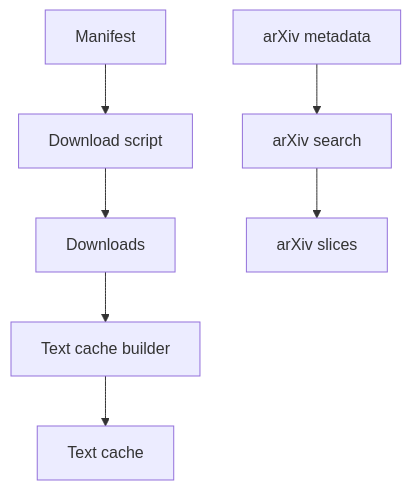
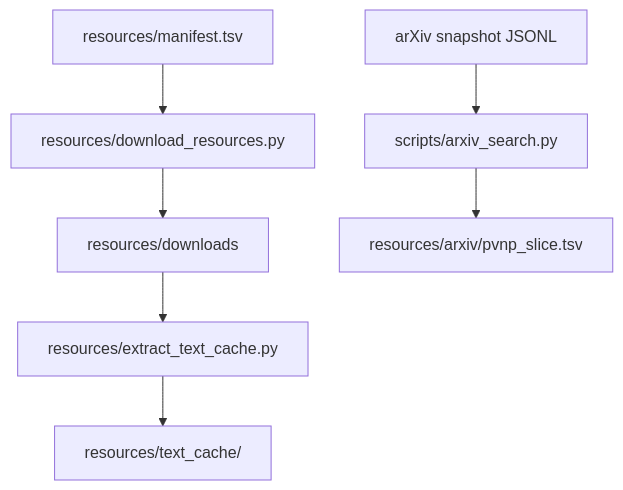
Before and after one commit to Xopoko/Experiment-26_P_vs_NP: the fifth of 5 diagrams in ARCHITECTURE.md, drawn with Mermaid. The commit also changed other lines of this file, not shown here.

Commit message:
Proof - update architecture documentation for clarity and structure

````diff
--- a/ARCHITECTURE.md
+++ b/ARCHITECTURE.md
@@ -184,9 +188,9 @@
 ```mermaid
-graph TD
-  A[Manifest] --> B[Download script]
-  B --> C[Downloads]
-  C --> D[Text cache builder]
-  D --> E[Text cache]
-  F[arXiv metadata] --> G[arXiv search]
-  G --> H[arXiv slices]
+flowchart TD
+  A["resources/manifest.tsv"] --> B["resources/download_resources.py"]
+  B --> C["resources/downloads"]
+  C --> D["resources/extract_text_cache.py"]
+  D --> E["resources/text_cache/"]
+  F["arXiv snapshot JSONL"] --> G["scripts/arxiv_search.py"]
+  G --> H["resources/arxiv/pvnp_slice.tsv"]
 ```
````
